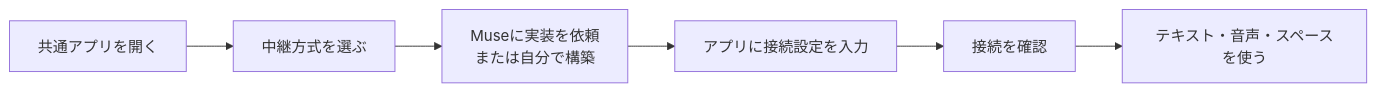
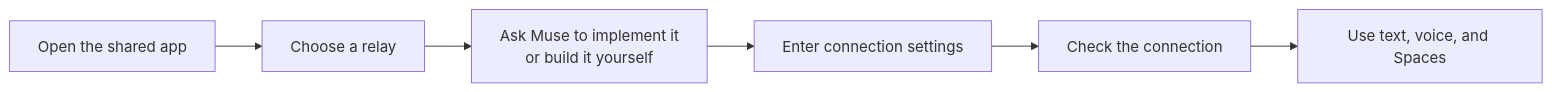
One commit to 3mintimer/muse-relay changed the first of 3 diagrams in docs/relay-setup.md. Above: the diagram before and after it, drawn with Mermaid. The commit also changed other lines of this file and 49 other files, not shown here.

````diff
--- a/docs/relay-setup.md
+++ b/docs/relay-setup.md
@@ -5,8 +7,8 @@
 ```mermaid
 flowchart LR
-  A[共通アプリを開く] --> B[中継方式を選ぶ]
-  B --> C[Museに実装を依頼<br/>または自分で構築]
-  C --> D[アプリに接続設定を入力]
-  D --> E[接続を確認]
-  E --> F[テキスト・音声・スペースを使う]
+  A[Open the shared app] --> B[Choose a relay]
+  B --> C[Ask Muse to implement it<br/>or build it yourself]
+  C --> D[Enter connection settings]
+  D --> E[Check the connection]
+  E --> F[Use text, voice, and Spaces]
 ```
````
